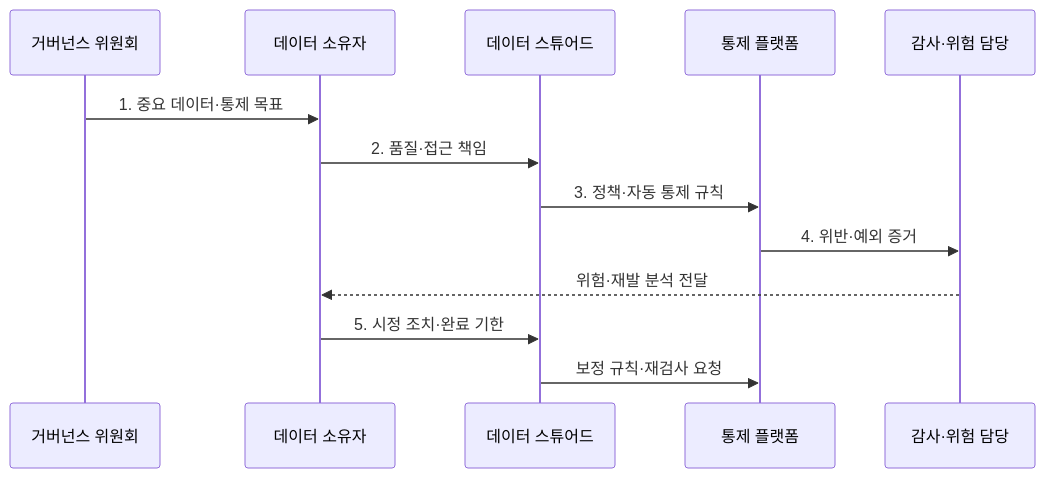
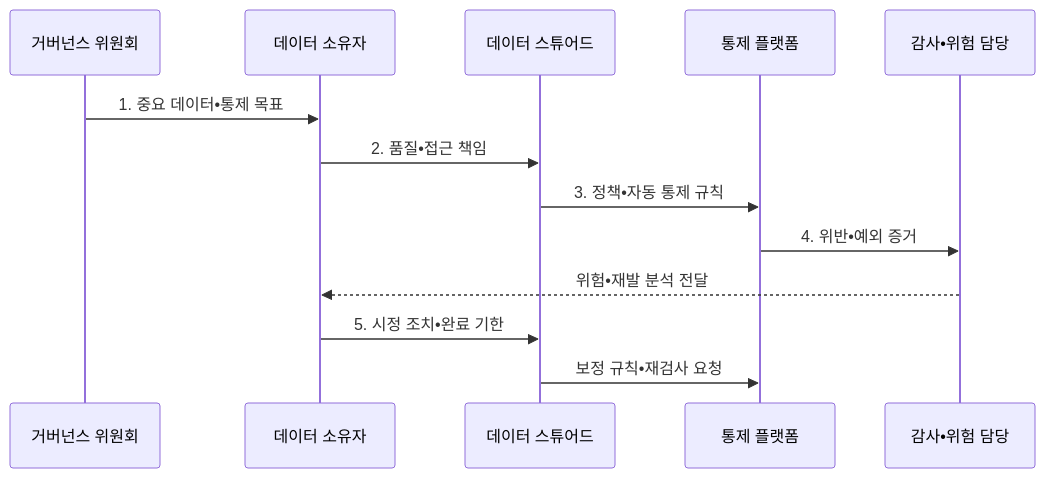
Before and after one commit to agnusdei1207/knowledge-base: the second of 2 diagrams in src/content/docs/notes/03-software/135_data_governance.md, drawn with Mermaid. The commit also changed other lines of this file and 953 other files, not shown here.

````diff
--- a/src/content/docs/notes/03-software/135_data_governance.md
+++ b/src/content/docs/notes/03-software/135_data_governance.md
@@ -112,15 +112,15 @@
 ```mermaid
 sequenceDiagram
     participant G as 거버넌스 위원회
     participant O as 데이터 소유자
     participant S as 데이터 스튜어드
     participant P as 통제 플랫폼
-    participant A as 감사·위험 담당
-    G->>O: 1. 중요 데이터·통제 목표
-    O->>S: 2. 품질·접근 책임
-    S->>P: 3. 정책·자동 통제 규칙
-    P->>A: 4. 위반·예외 증거
-    A-->>O: 위험·재발 분석 전달
-    O->>S: 5. 시정 조치·완료 기한
-    S->>P: 보정 규칙·재검사 요청
+    participant A as 감사•위험 담당
+    G->>O: 1. 중요 데이터•통제 목표
+    O->>S: 2. 품질•접근 책임
+    S->>P: 3. 정책•자동 통제 규칙
+    P->>A: 4. 위반•예외 증거
+    A-->>O: 위험•재발 분석 전달
+    O->>S: 5. 시정 조치•완료 기한
+    S->>P: 보정 규칙•재검사 요청
 ```
````
